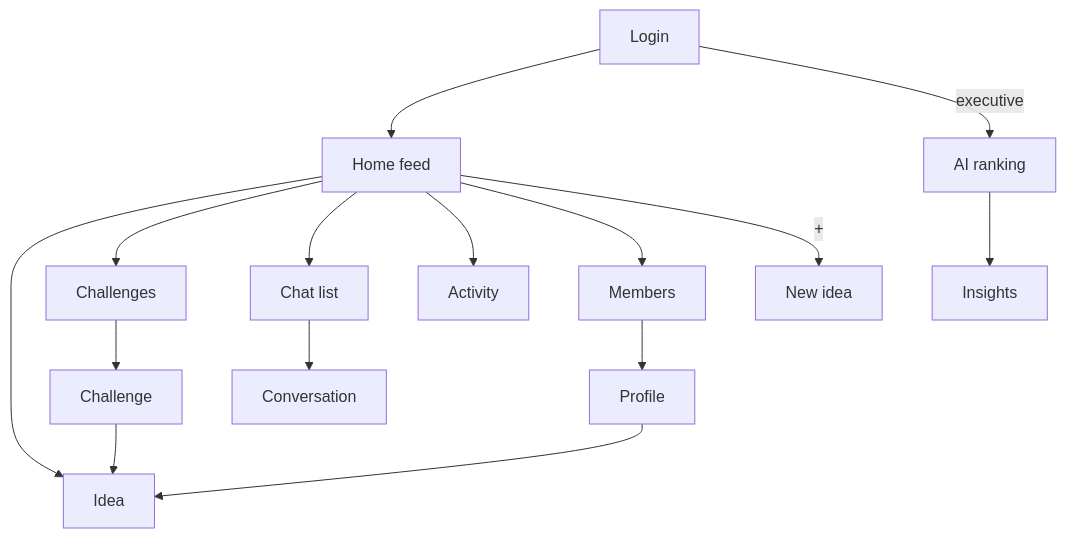
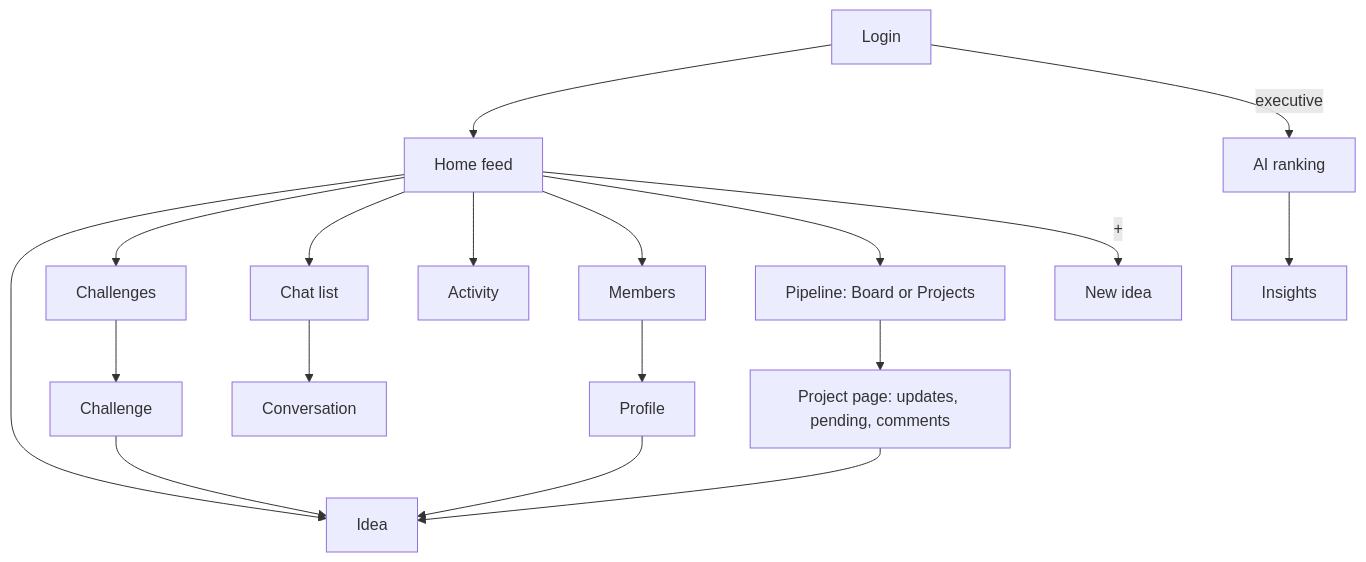
Before and after one commit to Nqobileee/zb-idea-manager: the fifth of 18 diagrams in docs/DOCUMENTATION.md, drawn with Mermaid. The commit also changed other lines of this file and 19 other files, not shown here.

````diff
--- a/docs/DOCUMENTATION.md
+++ b/docs/DOCUMENTATION.md
@@ -258,12 +297,14 @@
 ```mermaid
 flowchart TD
     L[Login] --> H[Home feed]
     H --> I[Idea]
     H --> C[Challenges] --> CD[Challenge] --> I
     H --> CH[Chat list] --> T[Conversation]
     H --> A[Activity]
     H --> M[Members] --> P[Profile] --> I
+    H --> PL[Pipeline: Board or Projects] --> PR[Project page: updates, pending, comments]
+    PR --> I
     H -->|+| N[New idea]
     L -->|executive| R[AI ranking]
     R --> IN[Insights]
 ```
````
